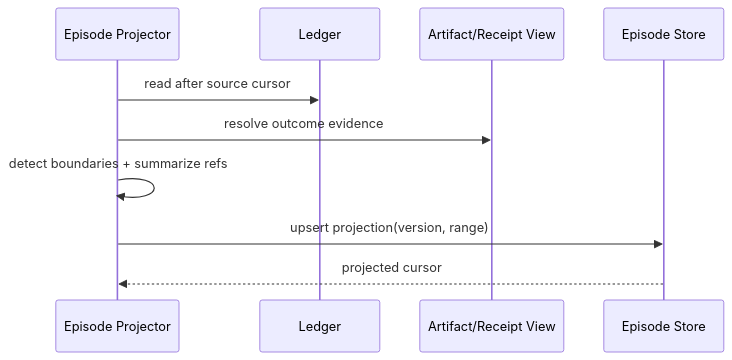
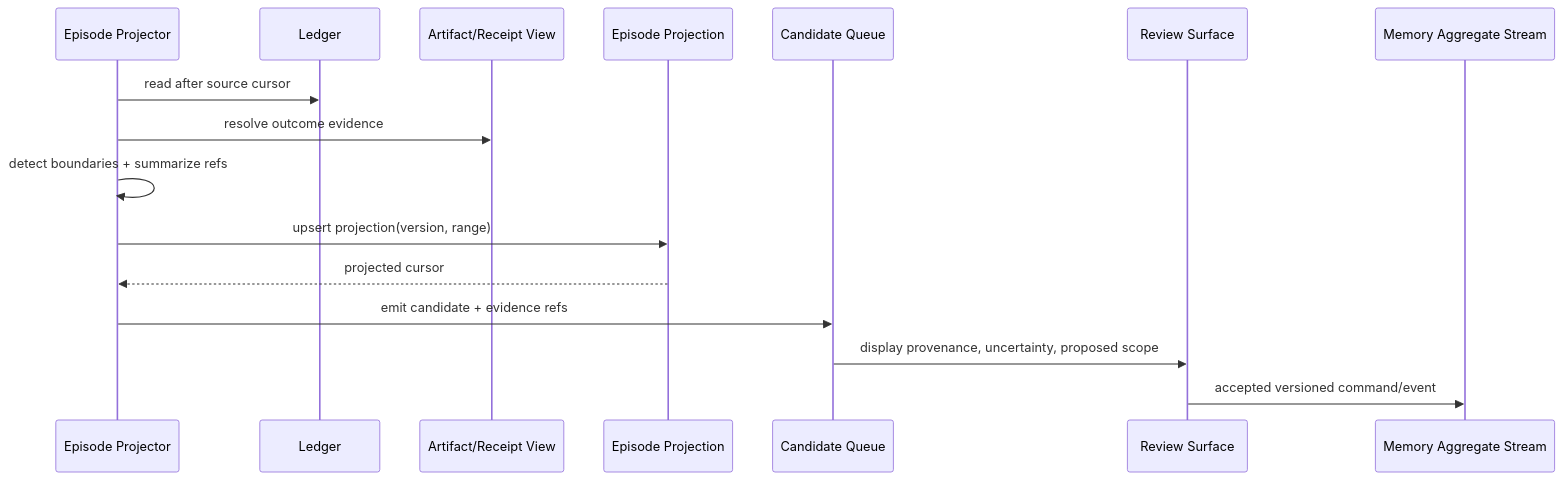
One commit to Cainheart/tracegraph-agent changed the second of 2 diagrams in docs/outlive-agent-v2/04-memory-and-experience/01-evidence-episode-pipeline.md. Above: the diagram before and after it, drawn with Mermaid. The commit also changed other lines of this file and 35 other files, not shown here.

First line of the commit message:
docs(architecture): 以 Agent Runtime 与 Session/Evidence 取代三平面模型

````diff
--- a/docs/outlive-agent-v2/04-memory-and-experience/01-evidence-episode-pipeline.md
+++ b/docs/outlive-agent-v2/04-memory-and-experience/01-evidence-episode-pipeline.md
@@ -60,12 +66,18 @@
 ```mermaid
 sequenceDiagram
   participant P as Episode Projector
   participant L as Ledger
   participant A as Artifact/Receipt View
-  participant E as Episode Store
+  participant E as Episode Projection
+  participant C as Candidate Queue
+  participant R as Review Surface
+  participant M as Memory Aggregate Stream
   P->>L: read after source cursor
   P->>A: resolve outcome evidence
   P->>P: detect boundaries + summarize refs
   P->>E: upsert projection(version, range)
   E-->>P: projected cursor
+  P->>C: emit candidate + evidence refs
+  C->>R: display provenance, uncertainty, proposed scope
+  R->>M: accepted versioned command/event
 ```
````
